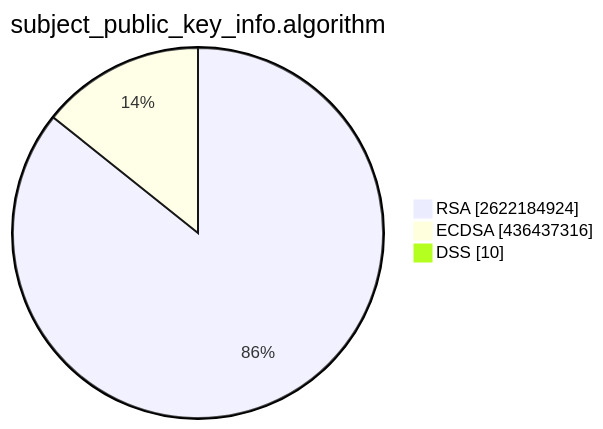
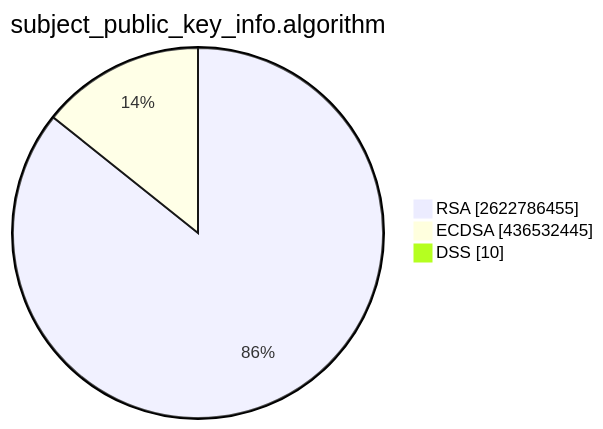
The second of 15 diagrams in TOTAL/README.md (christiankrug/ctmonitor_visualization), drawn with Mermaid before and after one commit. The commit also changed other lines of this file, not shown here.

````diff
--- a/TOTAL/README.md
+++ b/TOTAL/README.md
@@ -6,7 +6,7 @@
 ```mermaid
 pie showData
 title subject_public_key_info.algorithm
-"RSA" :2622184924
-"ECDSA" :436437316
+"RSA" :2622786455
+"ECDSA" :436532445
 "DSS" :10
 ```
````
